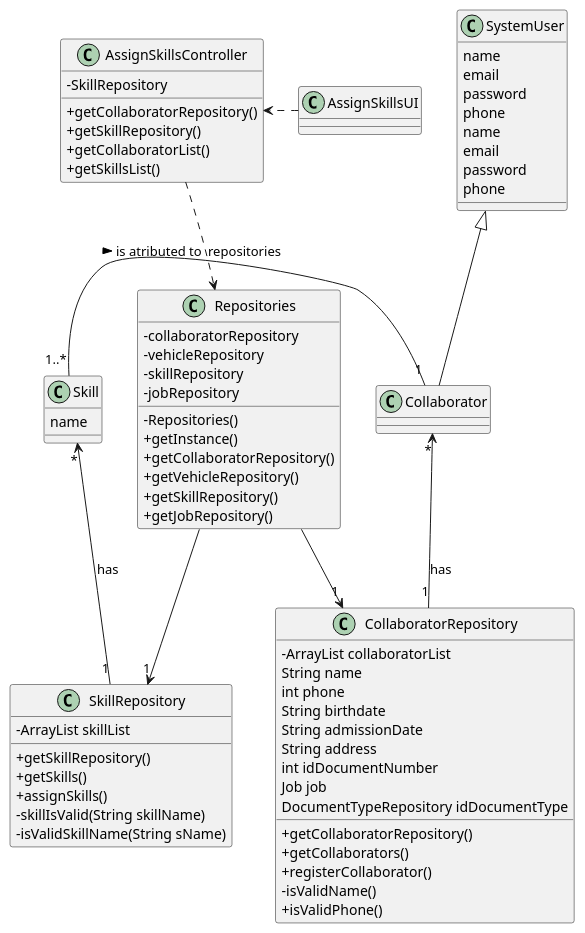
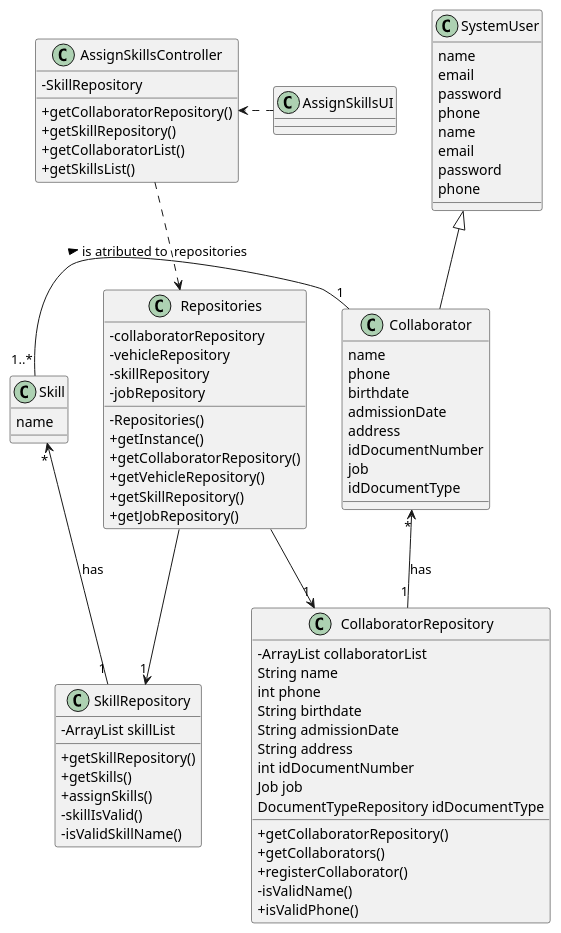
Before and after one commit to Departamento-de-Engenharia-Informatica/lei-24-s2-1do-g164: the diagram in docs/sprintB/us004/03.design/puml/us004-class-diagram.puml, drawn with PlantUML.

Commit message:
US04(docs):small changes

```diff
--- a/docs/sprintB/us004/03.design/puml/us004-class-diagram.puml
+++ b/docs/sprintB/us004/03.design/puml/us004-class-diagram.puml
@@ -1,92 +1,102 @@
 @startuml
 skinparam classAttributeIconSize 0
 skinparam monochrome false
 skinparam packageStyle rectangle
 skinparam shadowing false
 skinparam linetype polyline
 skinparam linetype orto
 
 
 class SystemUser {
     name
     email
     password
     phone
 }
 
 class CollaboratorRepository {
     - ArrayList collaboratorList
     String name
     int phone
     String birthdate
     String admissionDate
     String address
     int idDocumentNumber
     Job job
     DocumentTypeRepository idDocumentType
     + getCollaboratorRepository()
     + getCollaborators()
     + registerCollaborator()
     - isValidName()
     + isValidPhone()
+}
+class Collaborator{
+name
+phone
+birthdate
+admissionDate
+address
+idDocumentNumber
+job
+idDocumentType
 }
 
 
 class Repositories {
     - collaboratorRepository
     - vehicleRepository
     - skillRepository
     - jobRepository
 
     - Repositories()
     + getInstance()
     + getCollaboratorRepository()
     + getVehicleRepository()
     + getSkillRepository()
     + getJobRepository()
 
 }
 class SystemUser {
     name
     email
     password
     phone
 
 }
 class AssignSkillsController{
 -SkillRepository
 +getCollaboratorRepository()
 +getSkillRepository()
 +getCollaboratorList()
 +getSkillsList()
 
 }
 
 class AssignSkillsUI{
 
 }
 
 
 
 class SkillRepository {
     - ArrayList skillList
     + getSkillRepository()
     + getSkills()
     + assignSkills()
-    - skillIsValid(String skillName)
-    - isValidSkillName(String sName)
+    - skillIsValid()
+    - isValidSkillName()
 }
 
 class Skill {
     name
 }
 Repositories -->"1" CollaboratorRepository
 Repositories -->"1" SkillRepository
 Skill "*" <-- "1" SkillRepository : has
 Collaborator "*" <-- "1" CollaboratorRepository : has
 Skill "1..*" - "1" Collaborator: is atributed to >
 SystemUser <|-- Collaborator
 AssignSkillsUI .> AssignSkillsController
 AssignSkillsController ..> Repositories : repositories
 
 @enduml
```
